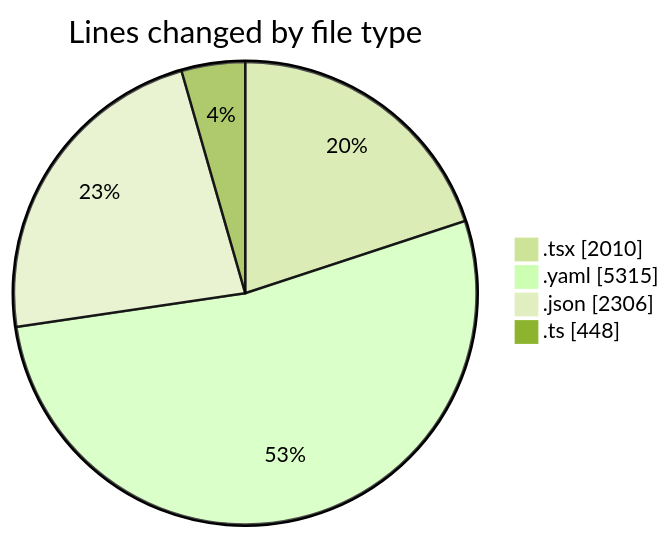
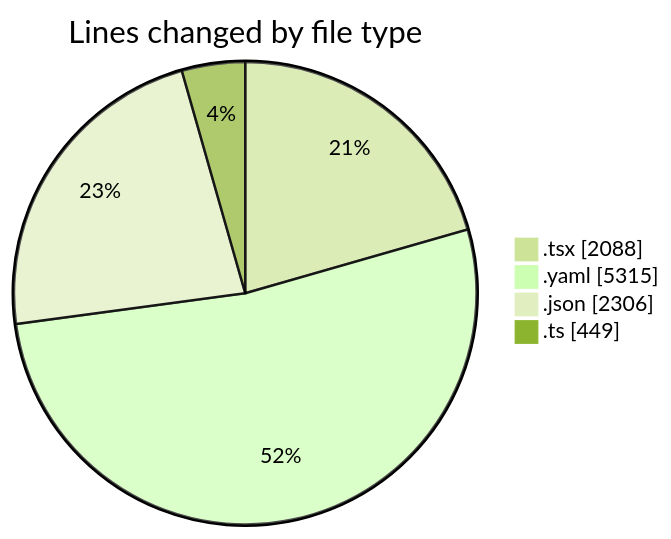
The first of 2 diagrams in 2025-11-07/eventscop-frontend-guide__workspace_/README.md (julien-gomy/code-tracking), drawn with Mermaid (forest theme) before and after one commit. The commit also changed other lines of this file and 1 other file, not shown here.

````diff
--- a/2025-11-07/eventscop-frontend-guide__workspace_/README.md
+++ b/2025-11-07/eventscop-frontend-guide__workspace_/README.md
@@ -45,8 +45,8 @@
 ```mermaid
 pie showData
 title Lines changed by file type
-".tsx" : 2010
+".tsx" : 2088
 ".yaml" : 5315
 ".json" : 2306
-".ts" : 448
+".ts" : 449
 ```
````
